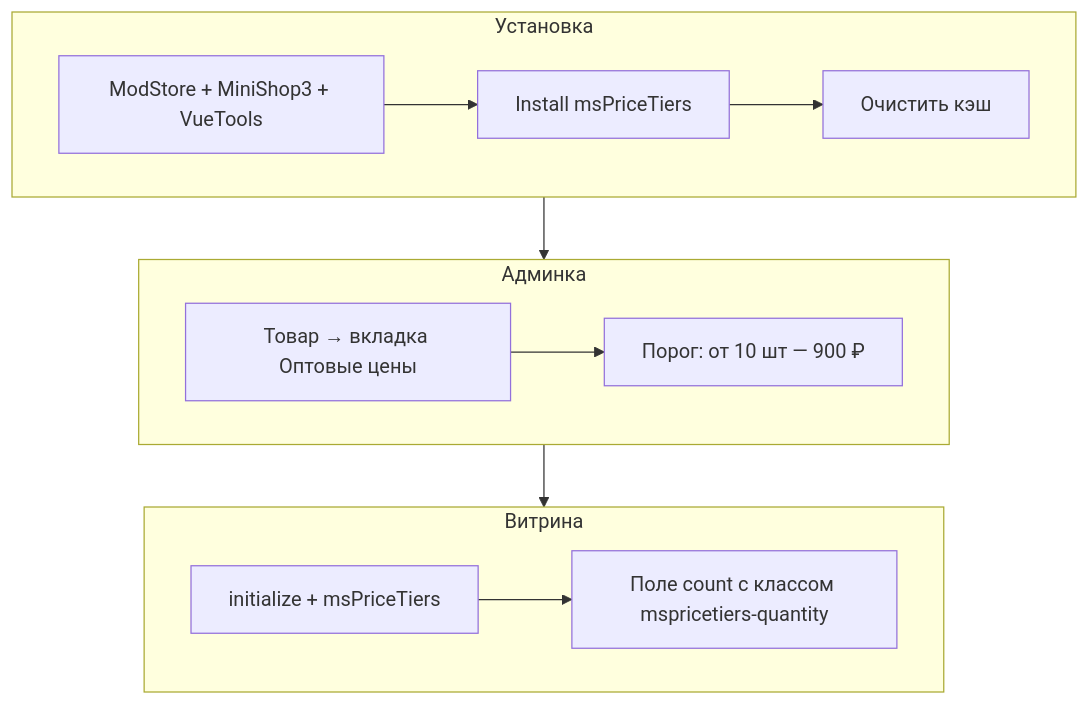
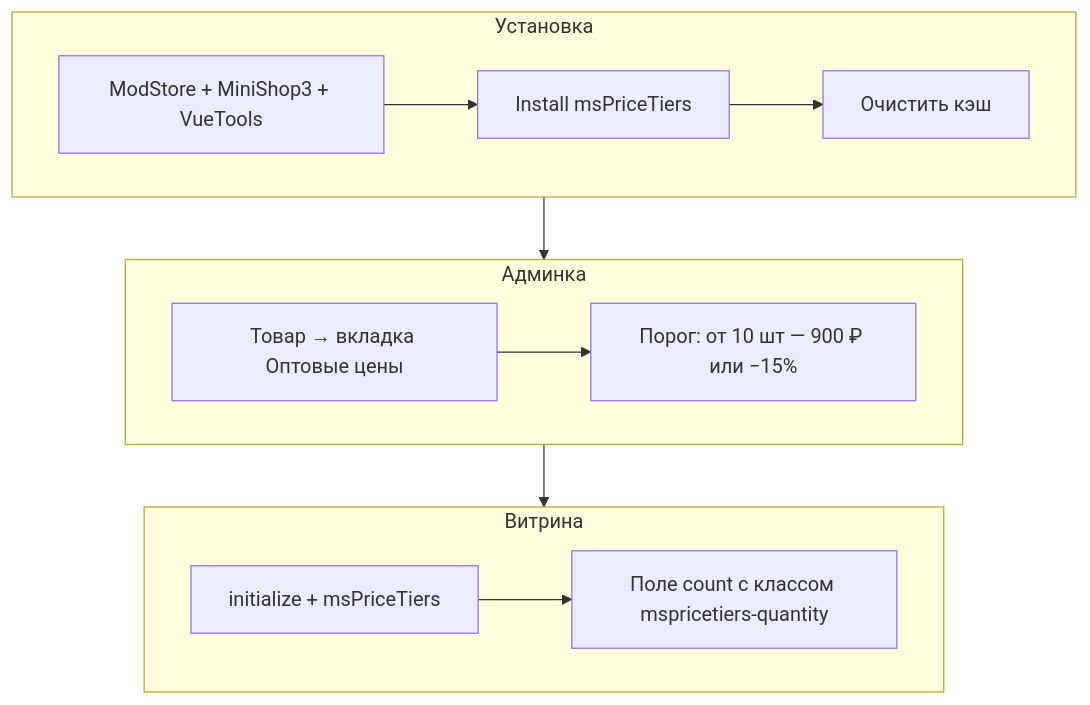
The diagram in docs/components/mspricetiers/quick-start.md (modx-pro/Docs), drawn with Mermaid before and after one commit. The commit also changed other lines of this file and 14 other files, not shown here.

````diff
--- a/docs/components/mspricetiers/quick-start.md
+++ b/docs/components/mspricetiers/quick-start.md
@@ -10,20 +10,20 @@
 ```mermaid
 flowchart TB
   subgraph install [Установка]
     A1[ModStore + MiniShop3 + VueTools]
     A2[Install msPriceTiers]
     A3[Очистить кэш]
     A1 --> A2 --> A3
   end
   subgraph admin [Админка]
     B1[Товар → вкладка Оптовые цены]
-    B2[Порог: от 10 шт — 900 ₽]
+    B2["Порог: от 10 шт — 900 ₽ или −15%"]
     B1 --> B2
   end
   subgraph site [Витрина]
     C1[initialize + msPriceTiers]
     C2[Поле count с классом mspricetiers-quantity]
     C1 --> C2
   end
   install --> admin --> site
 ```
````
